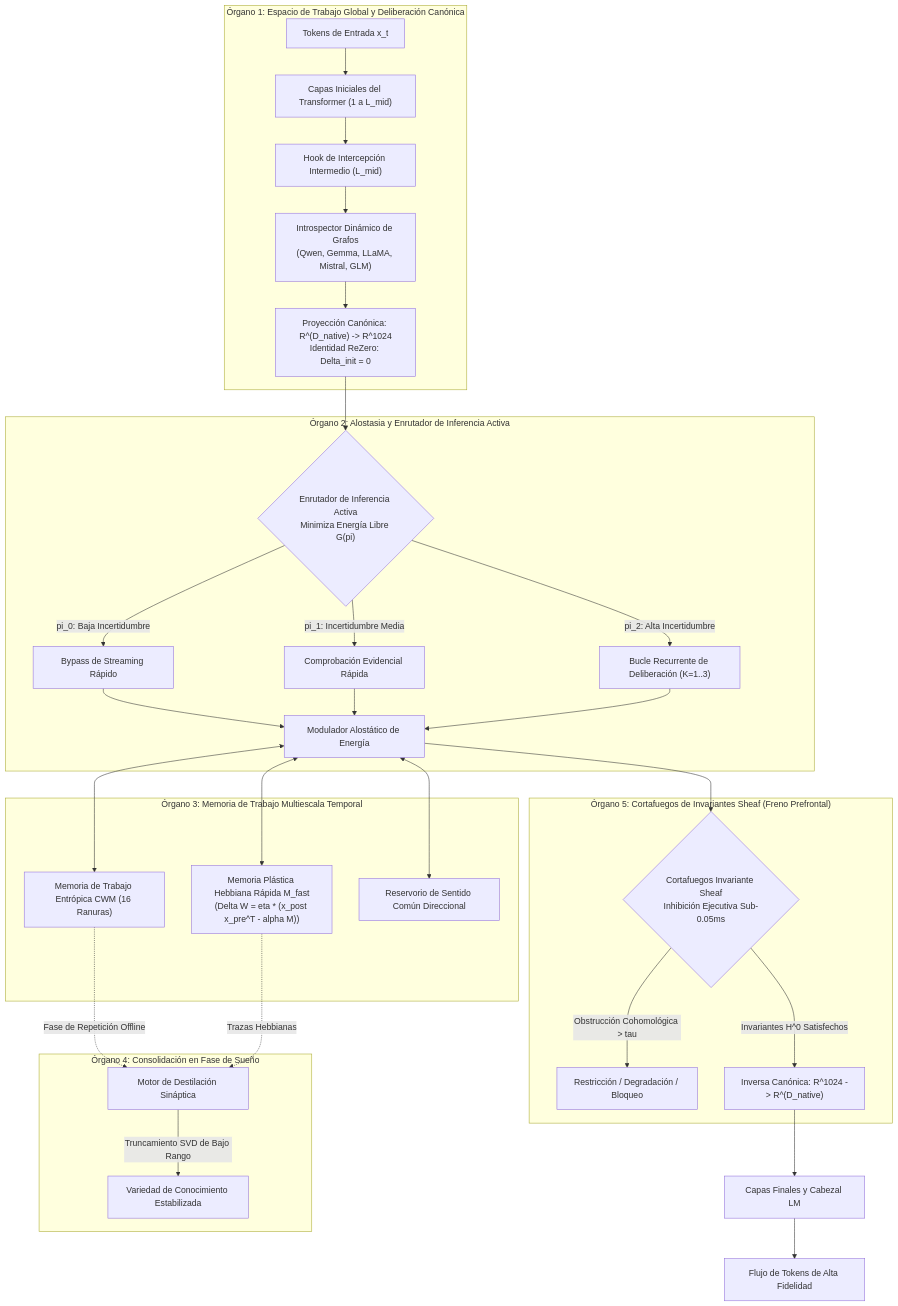
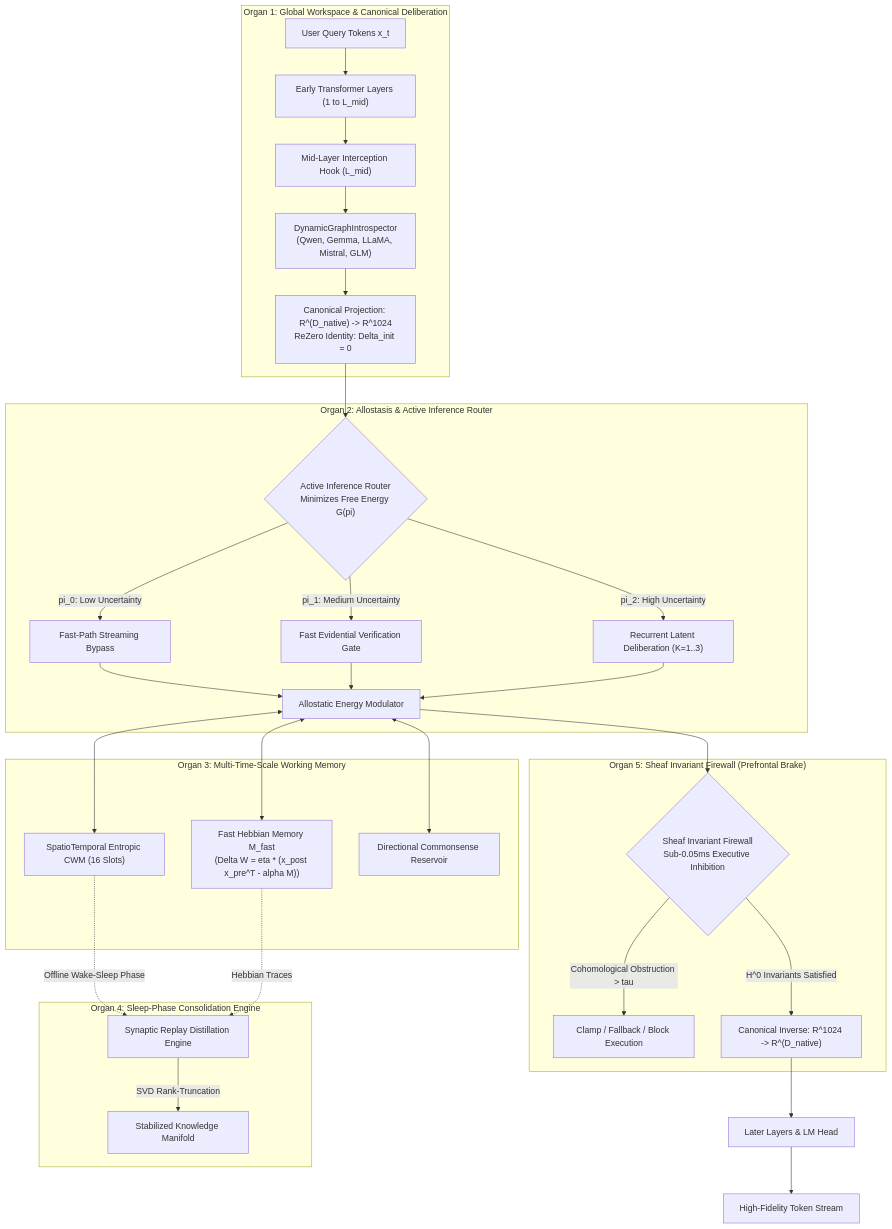
The diagram in docs/README_es.md (Ch3nOff/dual-loop-controller), drawn with Mermaid before and after one commit. The commit also changed other lines of this file and 10 other files, not shown here.

````diff
--- a/docs/README_es.md
+++ b/docs/README_es.md
@@ -57,40 +31,40 @@
 ```mermaid
 flowchart TD
-    subgraph Organ1 ["Órgano 1: Espacio de Trabajo Global y Deliberación Canónica"]
-        In["Tokens de Entrada x_t"] --> EarlyLayers["Capas Iniciales del Transformer (1 a L_mid)"]
-        EarlyLayers --> Hook["Hook de Intercepción Intermedio (L_mid)"]
-        Hook --> GraphIntrospect["Introspector Dinámico de Grafos<br/>(Qwen, Gemma, LLaMA, Mistral, GLM)"]
-        GraphIntrospect --> CanonicalMap["Proyección Canónica: R^(D_native) -> R^1024<br/>Identidad ReZero: Delta_init = 0"]
+    subgraph Organ1 ["Organ 1: Global Workspace & Canonical Deliberation"]
+        In["User Query Tokens x_t"] --> EarlyLayers["Early Transformer Layers (1 to L_mid)"]
+        EarlyLayers --> Hook["Mid-Layer Interception Hook (L_mid)"]
+        Hook --> GraphIntrospect["DynamicGraphIntrospector<br/>(Qwen, Gemma, LLaMA, Mistral, GLM)"]
+        GraphIntrospect --> CanonicalMap["Canonical Projection: R^(D_native) -> R^1024<br/>ReZero Identity: Delta_init = 0"]
     end
 
-    subgraph Organ2 ["Órgano 2: Alostasia y Enrutador de Inferencia Activa"]
-        CanonicalMap --> FristonRouter{"Enrutador de Inferencia Activa<br/>Minimiza Energía Libre G(pi)"}
-        FristonRouter -->|"pi_0: Baja Incertidumbre"| FastBypass["Bypass de Streaming Rápido"]
-        FristonRouter -->|"pi_1: Incertidumbre Media"| EvidentialCheck["Comprobación Evidencial Rápida"]
-        FristonRouter -->|"pi_2: Alta Incertidumbre"| DeliberationLoop["Bucle Recurrente de Deliberación (K=1..3)"]
-        FastBypass --> Allostasis["Modulador Alostático de Energía"]
+    subgraph Organ2 ["Organ 2: Allostasis & Active Inference Router"]
+        CanonicalMap --> FristonRouter{"Active Inference Router<br/>Minimizes Free Energy G(pi)"}
+        FristonRouter -->|"pi_0: Low Uncertainty"| FastBypass["Fast-Path Streaming Bypass"]
+        FristonRouter -->|"pi_1: Medium Uncertainty"| EvidentialCheck["Fast Evidential Verification Gate"]
+        FristonRouter -->|"pi_2: High Uncertainty"| DeliberationLoop["Recurrent Latent Deliberation (K=1..3)"]
+        FastBypass --> Allostasis["Allostatic Energy Modulator"]
         EvidentialCheck --> Allostasis
         DeliberationLoop --> Allostasis
     end
 
-    subgraph Organ3 ["Órgano 3: Memoria de Trabajo Multiescala Temporal"]
-        Allostasis <--> CWM["Memoria de Trabajo Entrópica CWM (16 Ranuras)"]
-        Allostasis <--> FastHebbian["Memoria Plástica Hebbiana Rápida M_fast<br/>(Delta W = eta * (x_post x_pre^T - alpha M))"]
-        Allostasis <--> DirectionalRes["Reservorio de Sentido Común Direccional"]
+    subgraph Organ3 ["Organ 3: Multi-Time-Scale Working Memory"]
+        Allostasis <--> CWM["SpatioTemporal Entropic CWM (16 Slots)"]
+        Allostasis <--> FastHebbian["Fast Hebbian Memory M_fast<br/>(Delta W = eta * (x_post x_pre^T - alpha M))"]
+        Allostasis <--> DirectionalRes["Directional Commonsense Reservoir"]
     end
 
-    subgraph Organ4 ["Órgano 4: Consolidación en Fase de Sueño"]
-        CWM -.->|"Fase de Repetición Offline"| SleepReplay["Motor de Destilación Sináptica"]
-        FastHebbian -.->|"Trazas Hebbianas"| SleepReplay
-        SleepReplay -->|"Truncamiento SVD de Bajo Rango"| PermanentWeights["Variedad de Conocimiento Estabilizada"]
+    subgraph Organ4 ["Organ 4: Sleep-Phase Consolidation Engine"]
+        CWM -.->|"Offline Wake-Sleep Phase"| SleepReplay["Synaptic Replay Distillation Engine"]
+        FastHebbian -.->|"Hebbian Traces"| SleepReplay
+        SleepReplay -->|"SVD Rank-Truncation"| PermanentWeights["Stabilized Knowledge Manifold"]
     end
 
-    subgraph Organ5 ["Órgano 5: Cortafuegos de Invariantes Sheaf (Freno Prefrontal)"]
-        Allostasis --> SheafFirewall{"Cortafuegos Invariante Sheaf<br/>Inhibición Ejecutiva Sub-0.05ms"}
-        SheafFirewall -->|"Obstrucción Cohomológica > tau"| ClampSafety["Restricción / Degradación / Bloqueo"]
-        SheafFirewall -->|"Invariantes H^0 Satisfechos"| NativeProject["Inversa Canónica: R^1024 -> R^(D_native)"]
+    subgraph Organ5 ["Organ 5: Sheaf Invariant Firewall (Prefrontal Brake)"]
+        Allostasis --> SheafFirewall{"Sheaf Invariant Firewall<br/>Sub-0.05ms Executive Inhibition"}
+        SheafFirewall -->|"Cohomological Obstruction > tau"| ClampSafety["Clamp / Fallback / Block Execution"]
+        SheafFirewall -->|"H^0 Invariants Satisfied"| NativeProject["Canonical Inverse: R^1024 -> R^(D_native)"]
     end
 
-    NativeProject --> LateLayers["Capas Finales y Cabezal LM"]
-    LateLayers --> OutStream["Flujo de Tokens de Alta Fidelidad"]
+    NativeProject --> LateLayers["Later Layers & LM Head"]
+    LateLayers --> OutStream["High-Fidelity Token Stream"]
 ```
````
